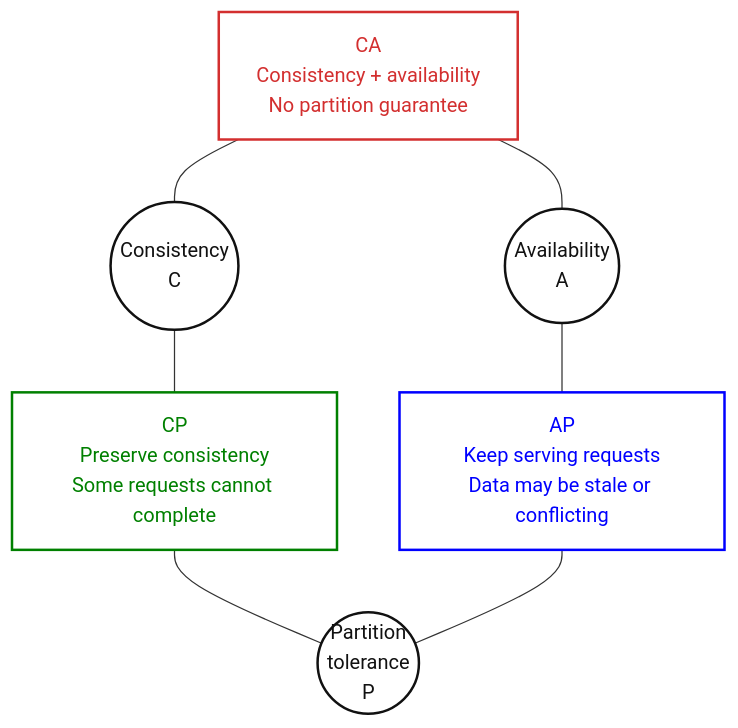
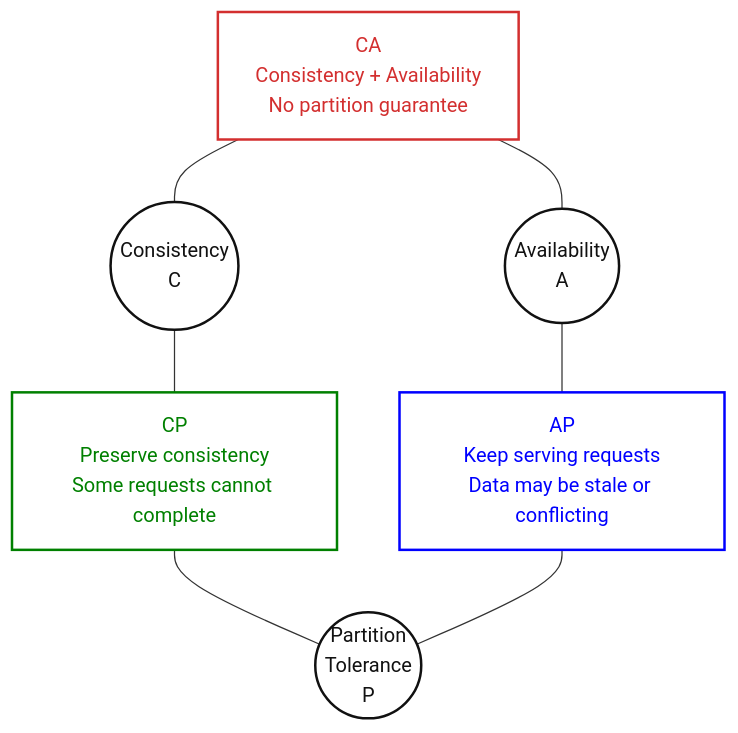
The diagram in System-Design/Distributed-Systems-Theorems-and-Data-Structures.md (GasimV/Self-Study-Tech-Projects), drawn with Mermaid before and after one commit.

Commit message:
fix: correct capitalization in CAP theorem flowchart for consistency and clarity

````diff
--- a/System-Design/Distributed-Systems-Theorems-and-Data-Structures.md
+++ b/System-Design/Distributed-Systems-Theorems-and-Data-Structures.md
@@ -57,25 +57,25 @@
 ```mermaid
 flowchart TB
-    CA["CA<br/>Consistency + availability<br/>No partition guarantee"]
+    CA["CA<br/>Consistency + Availability<br/>No partition guarantee"]
     C(("Consistency<br/>C"))
     A(("Availability<br/>A"))
     CP["CP<br/>Preserve consistency<br/>Some requests cannot complete"]
     AP["AP<br/>Keep serving requests<br/>Data may be stale or conflicting"]
-    P(("Partition<br/>tolerance<br/>P"))
+    P(("Partition<br/>Tolerance<br/>P"))
 
     CA --- C
     CA --- A
     C --- CP
     A --- AP
     CP --- P
     AP --- P
 
     classDef property fill:#fff,stroke:#111,stroke-width:2px,color:#111
     classDef ca fill:#fff,stroke:#d32f2f,stroke-width:2px,color:#d32f2f
     classDef cp fill:#fff,stroke:#008000,stroke-width:2px,color:#008000
     classDef ap fill:#fff,stroke:#0000ff,stroke-width:2px,color:#0000ff
     class C,A,P property
     class CA ca
     class CP cp
     class AP ap
 ```
````
